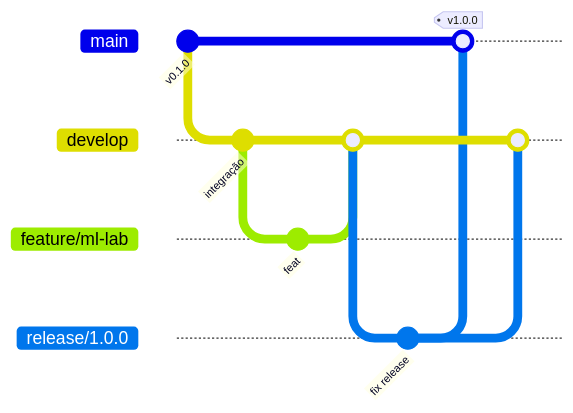
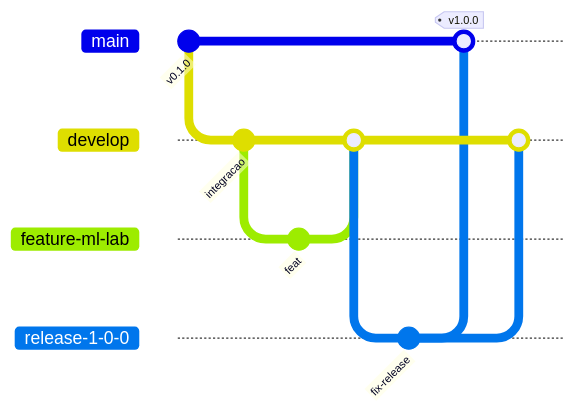
One commit to ilaraca/3d-colab-recommendations changed the diagram in docs/GITFLOW.md. Above: the diagram before and after it, drawn with Mermaid. The commit also changed other lines of this file, not shown here.

Commit message:
fix(docs): corrige sintaxe do diagrama Mermaid no Git Flow
Substitui barras e pontos nos nomes de branches por hífens, compatíveis
com gitGraph, e remove acentos/espaços dos ids de commit.

````diff
--- a/docs/GITFLOW.md
+++ b/docs/GITFLOW.md
@@ -17,19 +19,19 @@
 ```mermaid
 gitGraph
   commit id: "v0.1.0"
   branch develop
   checkout develop
-  commit id: "integração"
-  branch feature/ml-lab
-  checkout feature/ml-lab
+  commit id: "integracao"
+  branch feature-ml-lab
+  checkout feature-ml-lab
   commit id: "feat"
   checkout develop
-  merge feature/ml-lab
-  branch release/1.0.0
-  checkout release/1.0.0
-  commit id: "fix release"
+  merge feature-ml-lab
+  branch release-1-0-0
+  checkout release-1-0-0
+  commit id: "fix-release"
   checkout main
-  merge release/1.0.0 tag: "v1.0.0"
+  merge release-1-0-0 tag: "v1.0.0"
   checkout develop
-  merge release/1.0.0
+  merge release-1-0-0
 ```
````
